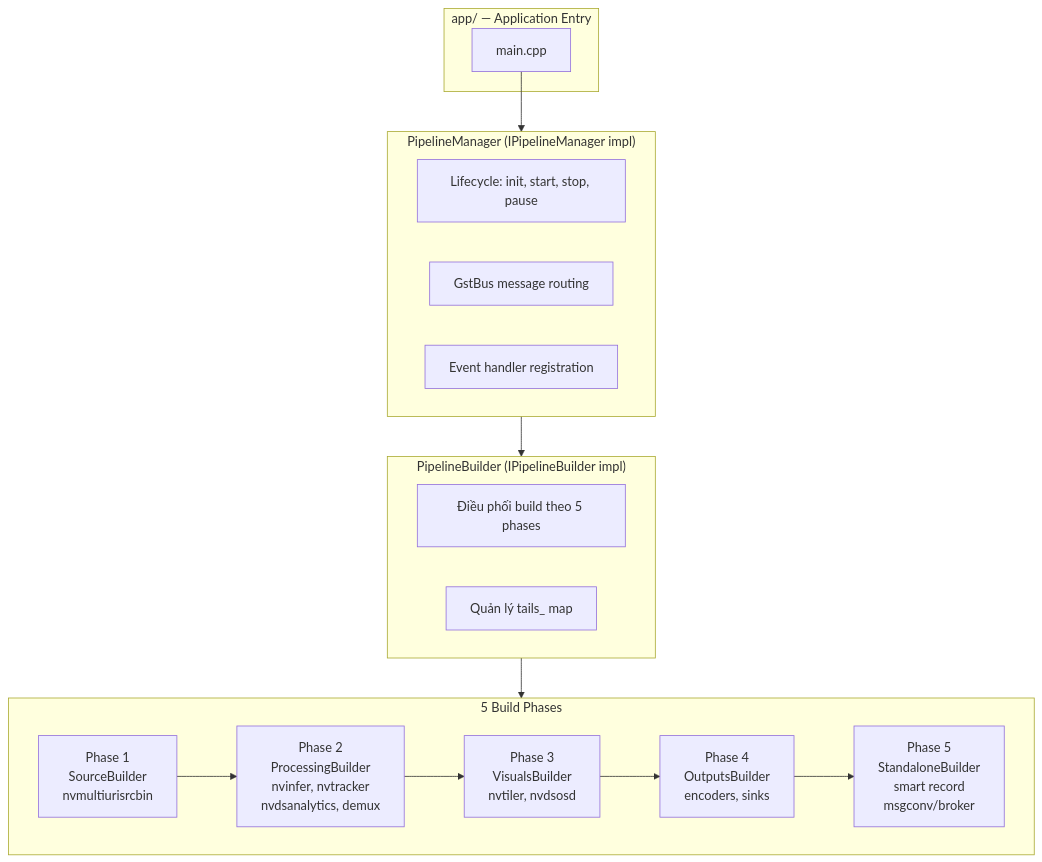
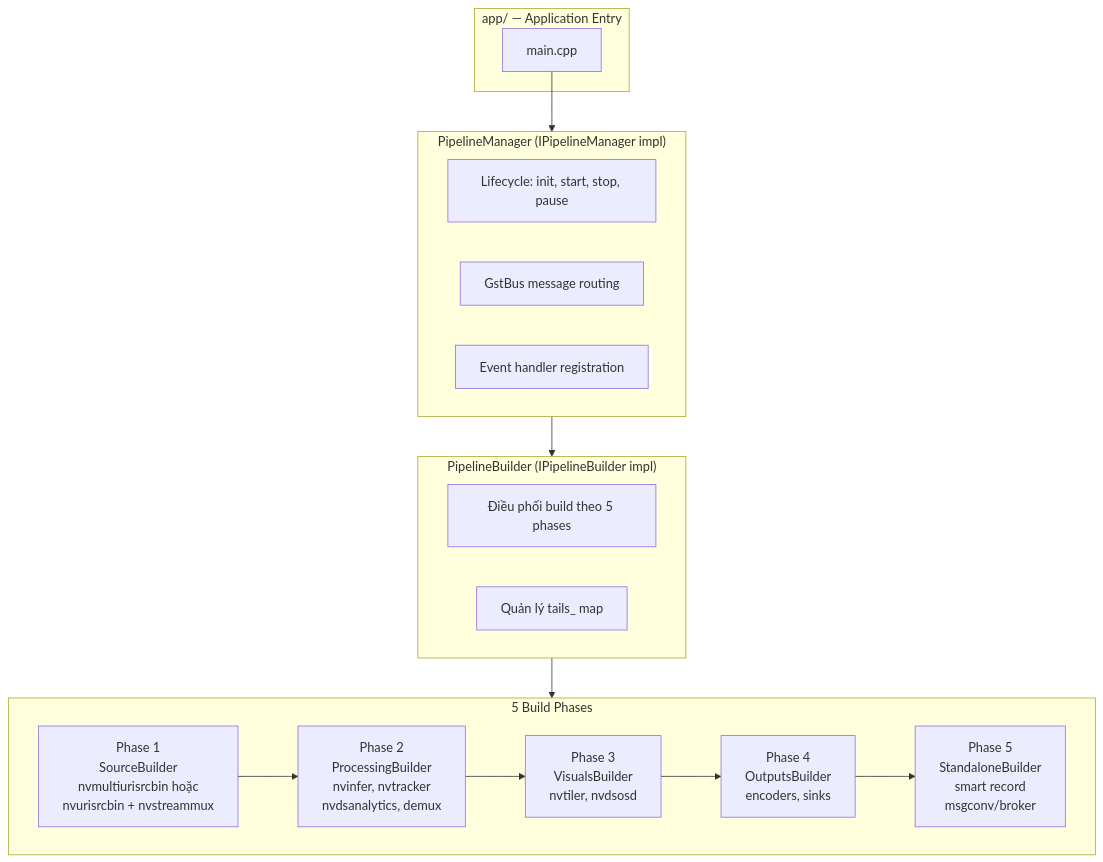
Before and after one commit to nam278/vms-engine: the first of 3 diagrams in docs/architecture/deepstream/00_project_overview.md, drawn with Mermaid. The commit also changed other lines of this file and 33 other files, not shown here.

First line of the commit message:
feat: Implement nvurisrcbin builder and runtime stream management

````diff
--- a/docs/architecture/deepstream/00_project_overview.md
+++ b/docs/architecture/deepstream/00_project_overview.md
@@ -87,35 +87,35 @@
 ```mermaid
 graph TB
     subgraph APP["app/ — Application Entry"]
         MAIN["main.cpp"]
     end
 
     subgraph PM["PipelineManager (IPipelineManager impl)"]
         LC["Lifecycle: init, start, stop, pause"]
         BUS["GstBus message routing"]
         EH["Event handler registration"]
     end
 
     subgraph PB["PipelineBuilder (IPipelineBuilder impl)"]
         COORD["Điều phối build theo 5 phases"]
         TAILS["Quản lý tails_ map"]
     end
 
     MAIN --> PM
     PM --> PB
 
     subgraph PHASES["5 Build Phases"]
         direction LR
-        P1["Phase 1<br/>SourceBuilder<br/>nvmultiurisrcbin"]
+        P1["Phase 1<br/>SourceBuilder<br/>nvmultiurisrcbin hoặc<br/>nvurisrcbin + nvstreammux"]
         P2["Phase 2<br/>ProcessingBuilder<br/>nvinfer, nvtracker<br/>nvdsanalytics, demux"]
         P3["Phase 3<br/>VisualsBuilder<br/>nvtiler, nvdsosd"]
         P4["Phase 4<br/>OutputsBuilder<br/>encoders, sinks"]
         P5["Phase 5<br/>StandaloneBuilder<br/>smart record<br/>msgconv/broker"]
     end
 
     PB --> P1
     P1 --> P2
     P2 --> P3
     P3 --> P4
     P4 --> P5
 ```
````
